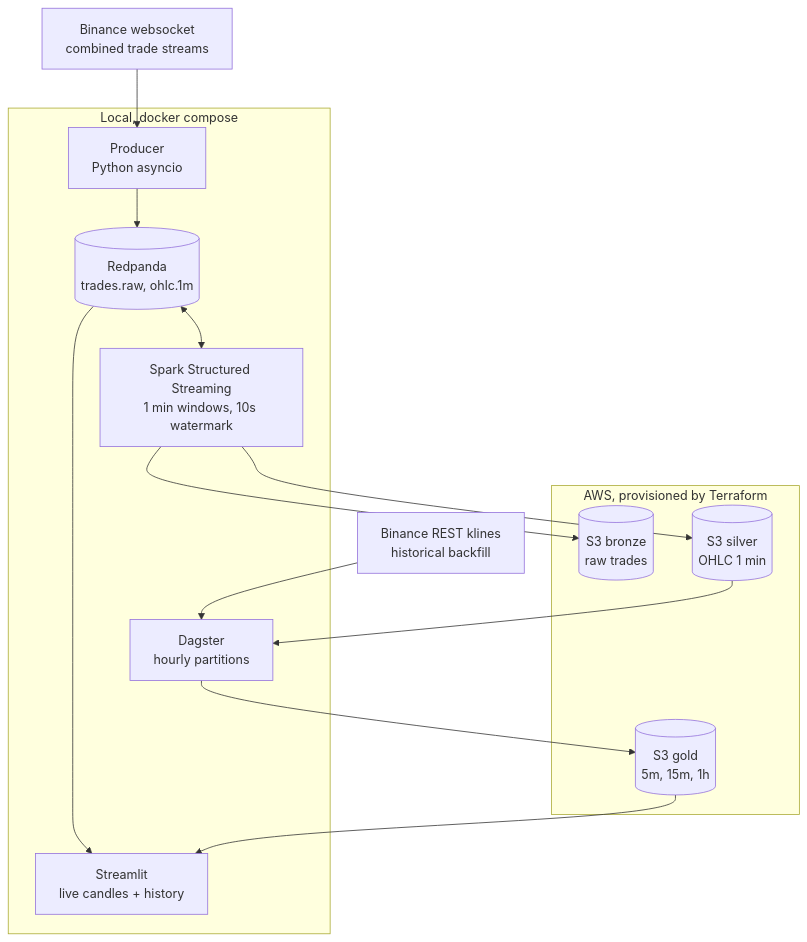
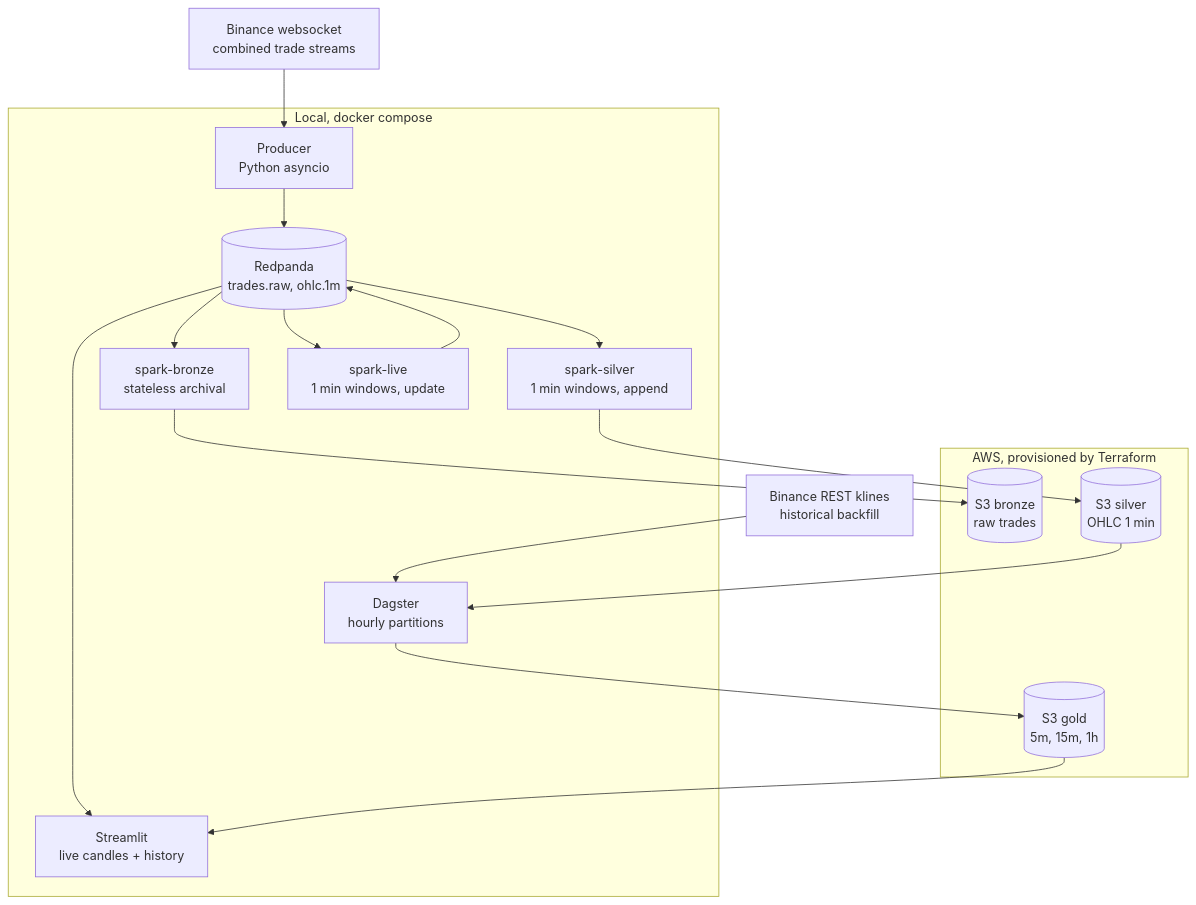
The diagram in docs/architecture.md (Sidi4PF/crypto-realtime-pipeline), drawn with Mermaid before and after one commit. The commit also changed other lines of this file and 1 other file, not shown here.

````diff
--- a/docs/architecture.md
+++ b/docs/architecture.md
@@ -3,30 +3,35 @@
 ```mermaid
 flowchart TB
     binance["Binance websocket<br/>combined trade streams"]
 
     subgraph local["Local, docker compose"]
         producer["Producer<br/>Python asyncio"]
         redpanda[("Redpanda<br/>trades.raw, ohlc.1m")]
-        spark["Spark Structured Streaming<br/>1 min windows, 10s watermark"]
+        sbronze["spark-bronze<br/>stateless archival"]
+        ssilver["spark-silver<br/>1 min windows, append"]
+        slive["spark-live<br/>1 min windows, update"]
         dashboard["Streamlit<br/>live candles + history"]
         dagster["Dagster<br/>hourly partitions"]
     end
 
     subgraph aws["AWS, provisioned by Terraform"]
         bronze[("S3 bronze<br/>raw trades")]
         silver[("S3 silver<br/>OHLC 1 min")]
         gold[("S3 gold<br/>5m, 15m, 1h")]
     end
 
     rest["Binance REST klines<br/>historical backfill"]
 
     binance --> producer --> redpanda
-    redpanda <--> spark
+    redpanda --> sbronze
+    redpanda --> ssilver
+    redpanda --> slive
+    slive --> redpanda
     redpanda --> dashboard
-    spark --> bronze
-    spark --> silver
+    sbronze --> bronze
+    ssilver --> silver
     silver --> dagster
     rest --> dagster
     dagster --> gold
     gold --> dashboard
 ```
````
